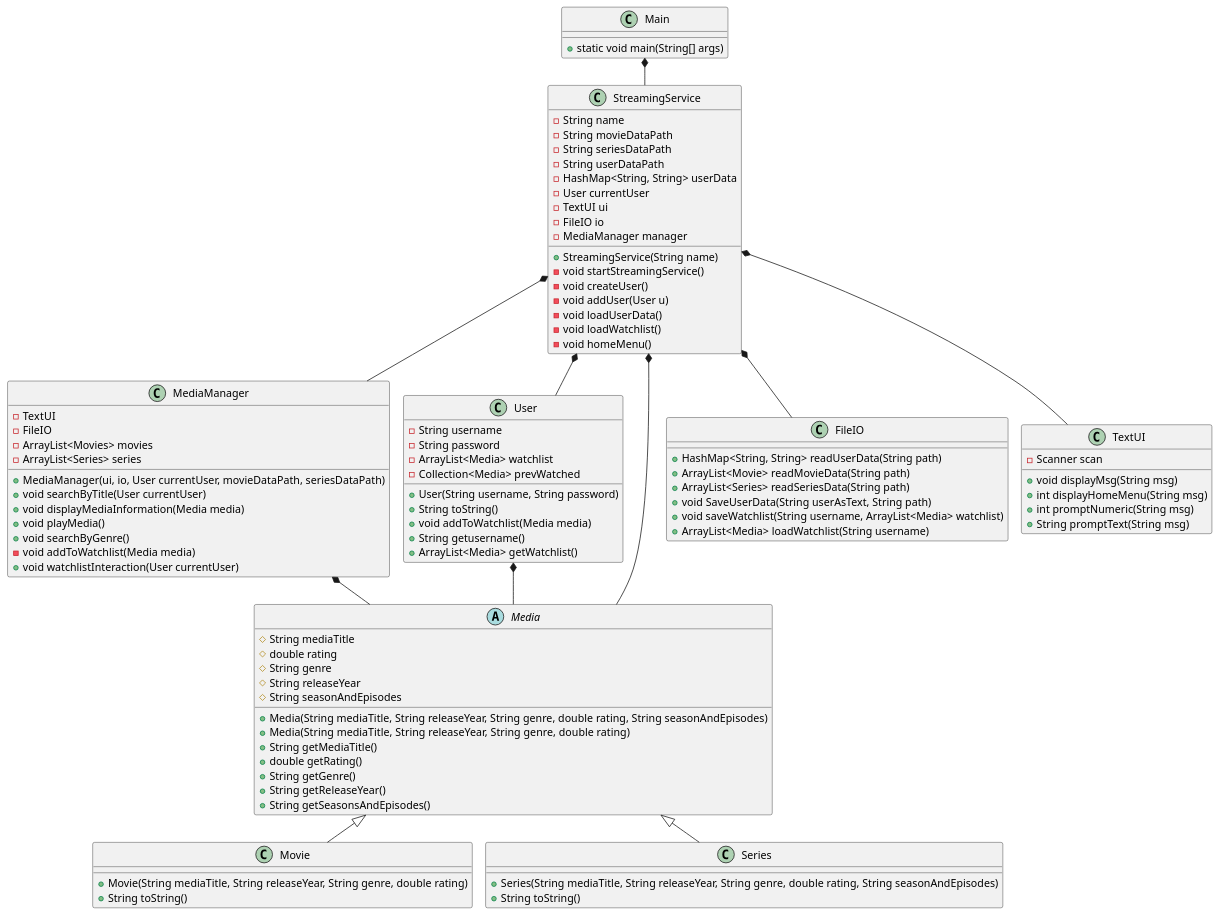
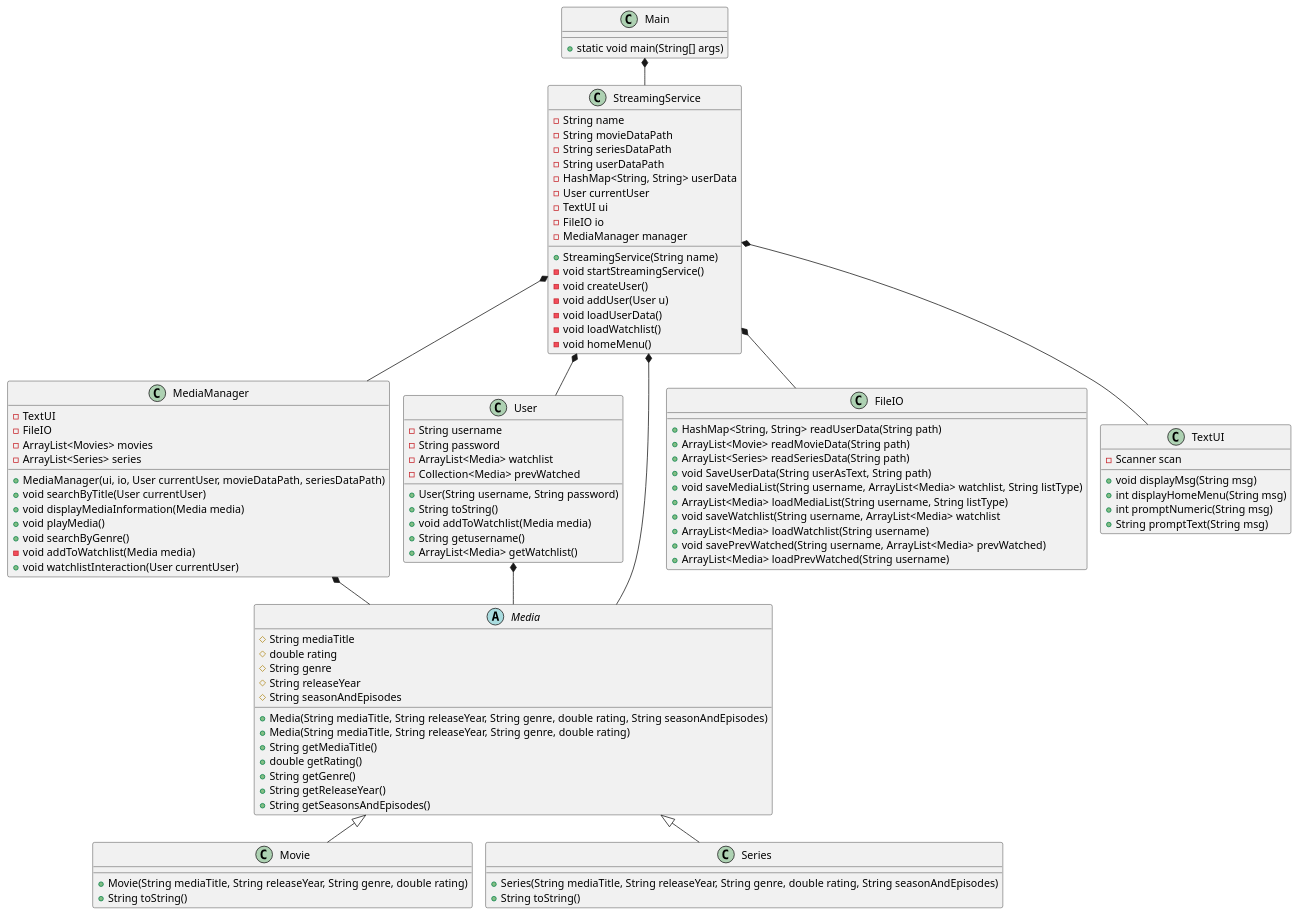
One commit to EmilDagsberg/SP3 changed the diagram in doc/classdiagram/classdiagram_v1.puml. Above: the diagram before and after it, drawn with PlantUML.

Commit message:
Ændringer i klassdiagrammet

```diff
--- a/doc/classdiagram/classdiagram_v1.puml
+++ b/doc/classdiagram/classdiagram_v1.puml
@@ -1,111 +1,115 @@
 @startuml
 !pragma layout smetana
 
 class Main {
 + static void main(String[] args)
 }
 
 class StreamingService{
 - String name
 - String movieDataPath
 - String seriesDataPath
 - String userDataPath
 - HashMap<String, String> userData
 - User currentUser
 - TextUI ui
 - FileIO io
 - MediaManager manager
 + StreamingService(String name)
 - void startStreamingService()
 - void createUser()
 - void addUser(User u)
 - void loadUserData()
 - void loadWatchlist()
 - void homeMenu()
 
 
 }
 
 class MediaManager {
 - TextUI
 - FileIO
 - ArrayList<Movies> movies
 - ArrayList<Series> series
 + MediaManager(ui, io, User currentUser, movieDataPath, seriesDataPath)
 + void searchByTitle(User currentUser)
 + void displayMediaInformation(Media media)
 + void playMedia()
 + void searchByGenre()
 - void addToWatchlist(Media media)
 + void watchlistInteraction(User currentUser)
 }
 
 class User {
 - String username
 - String password
 - ArrayList<Media> watchlist
 - Collection<Media> prevWatched
 + User(String username, String password)
 + String toString()
 + void addToWatchlist(Media media)
 + String getusername()
 + ArrayList<Media> getWatchlist()
 }
 
 
 abstract class Media{
 # String mediaTitle
 # double rating
 # String genre
 # String releaseYear
 # String seasonAndEpisodes
 +Media(String mediaTitle, String releaseYear, String genre, double rating, String seasonAndEpisodes)
 +Media(String mediaTitle, String releaseYear, String genre, double rating)
 +String getMediaTitle()
 +double getRating()
 +String getGenre()
 +String getReleaseYear()
 +String getSeasonsAndEpisodes()
 }
 
 class Movie{
 + Movie(String mediaTitle, String releaseYear, String genre, double rating)
 +String toString()
 'metode der loader liste over film?
 
 }
 
 class Series{
 +Series(String mediaTitle, String releaseYear, String genre, double rating, String seasonAndEpisodes)
 +String toString()
 'metode der loader liste over serier?
 }
 
 class FileIO {
 + HashMap<String, String> readUserData(String path)
 + ArrayList<Movie> readMovieData(String path)
 + ArrayList<Series> readSeriesData(String path)
 + void SaveUserData(String userAsText, String path)
-+ void saveWatchlist(String username, ArrayList<Media> watchlist)
++ void saveMediaList(String username, ArrayList<Media> watchlist, String listType)
++ ArrayList<Media> loadMediaList(String username, String listType)
++ void saveWatchlist(String username, ArrayList<Media> watchlist
 + ArrayList<Media> loadWatchlist(String username)
++ void savePrevWatched(String username, ArrayList<Media> prevWatched)
++ ArrayList<Media> loadPrevWatched(String username)
 }
 
 class TextUI {
 - Scanner scan
 + void displayMsg(String msg)
 + int displayHomeMenu(String msg)
 + int promptNumeric(String msg)
 + String promptText(String msg)
 }
 
 Main *-- StreamingService
 StreamingService *-- MediaManager
 MediaManager *-- Media
 StreamingService *-- User
 StreamingService *-- FileIO
 StreamingService *-- TextUI
 Media <|-- Movie
 Media <|-- Series
 StreamingService *-- Media
 User *-- Media
 @enduml
```
